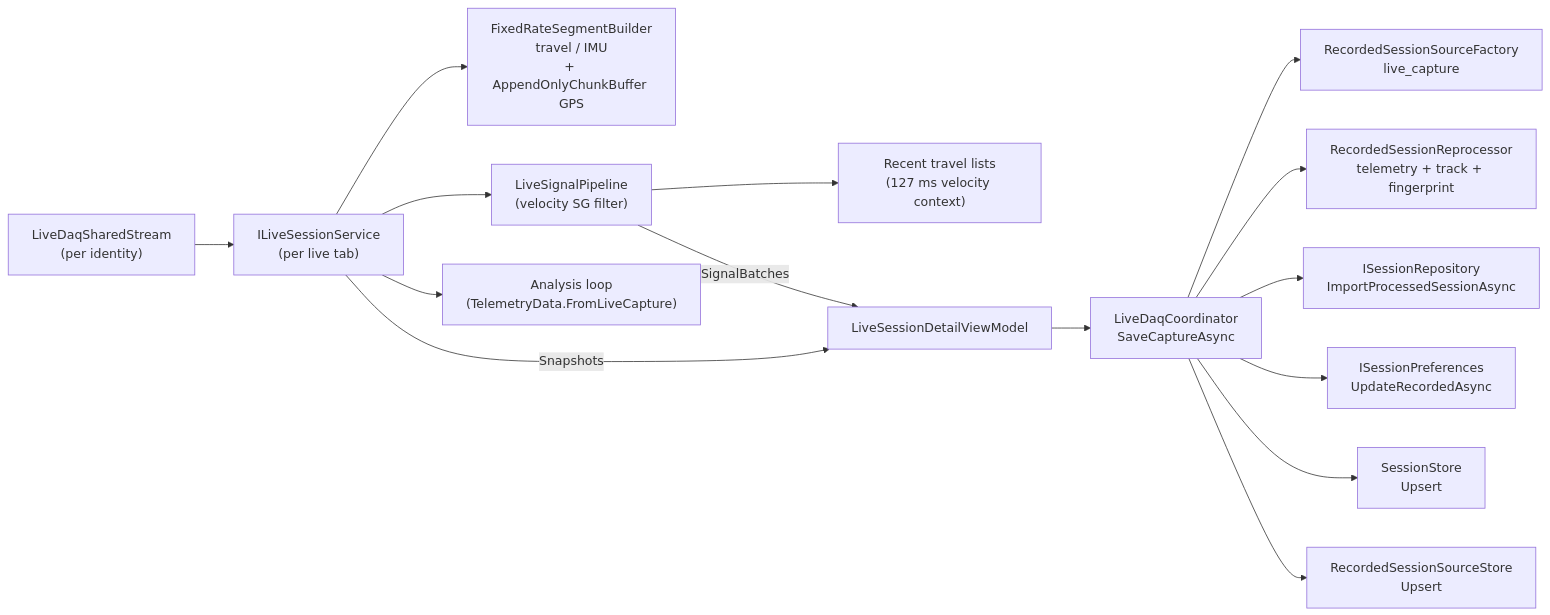
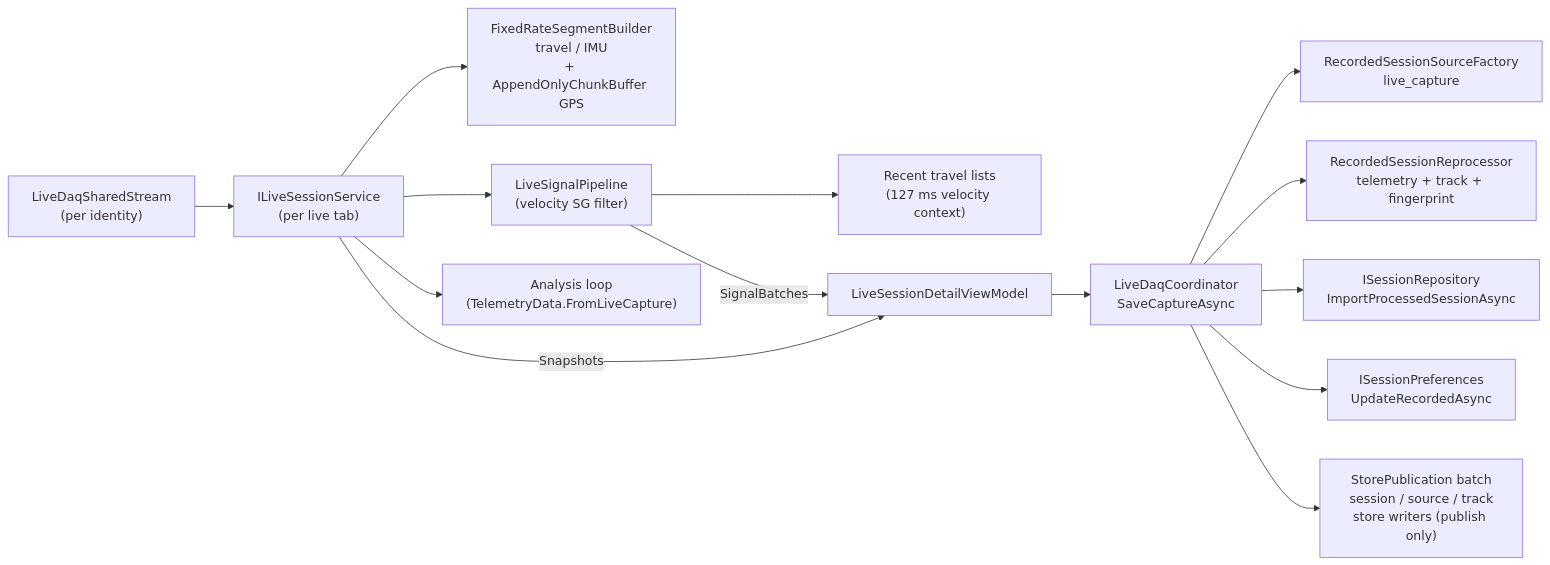
Before and after one commit to MoridinBG/Sufni.app: the diagram in docs/architecture/live-session.md, drawn with Mermaid. The commit also changed other lines of this file and 422 other files, not shown here.

````diff
--- a/docs/architecture/live-session.md
+++ b/docs/architecture/live-session.md
@@ -30,17 +30,16 @@
 ```mermaid
 graph LR
     Shared["LiveDaqSharedStream<br/>(per identity)"] --> Service["ILiveSessionService<br/>(per live tab)"]
     Service --> CaptureStores["FixedRateSegmentBuilder<br/>travel / IMU<br/>+ AppendOnlyChunkBuffer GPS"]
     Service --> SignalPipe["LiveSignalPipeline<br/>(velocity SG filter)"]
     Service --> StatsLoop["Analysis loop<br/>(TelemetryData.FromLiveCapture)"]
     SignalPipe --> RecentTravel["Recent travel lists<br/>(127 ms velocity context)"]
     Service -->|"Snapshots"| DetailVM["LiveSessionDetailViewModel"]
     SignalPipe -->|"SignalBatches"| DetailVM
     DetailVM --> Coord["LiveDaqCoordinator<br/>SaveCaptureAsync"]
     Coord --> Source["RecordedSessionSourceFactory<br/>live_capture"]
     Coord --> Reprocessor["RecordedSessionReprocessor<br/>telemetry + track + fingerprint"]
     Coord --> Repo["ISessionRepository<br/>ImportProcessedSessionAsync"]
     Coord --> Prefs["ISessionPreferences<br/>UpdateRecordedAsync"]
-    Coord --> Store["SessionStore<br/>Upsert"]
-    Coord --> SourceStore["RecordedSessionSourceStore<br/>Upsert"]
+    Coord --> Publish["StorePublication batch<br/>session / source / track<br/>store writers (publish only)"]
 ```
````
